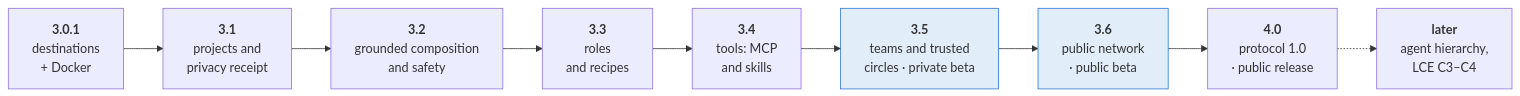
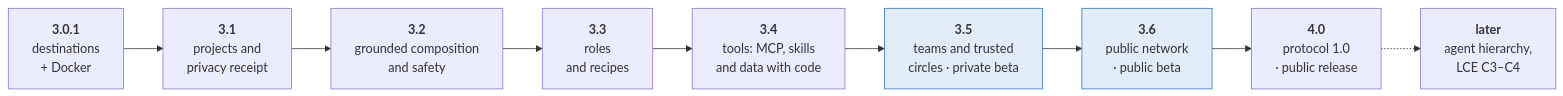
The second of 4 diagrams in docs/ROADMAP.md (Sebastardito/SwarmblyAI), drawn with Mermaid before and after one commit. The commit also changed other lines of this file, not shown here.

Commit message:
Roadmap: recipe 5, data with code, in 3.4 (a script the user approves, run in an isolated sandbox; an open battery with automatic checks)

````diff
--- a/docs/ROADMAP.md
+++ b/docs/ROADMAP.md
@@ -61,13 +61,13 @@
 ```mermaid
 flowchart LR
   V1["<b>3.0.1</b><br/>destinations<br/>+ Docker"] --> V2["<b>3.1</b><br/>projects and<br/>privacy receipt"]
   V2 --> V3["<b>3.2</b><br/>grounded composition<br/>and safety"]
   V3 --> V3b["<b>3.3</b><br/>roles<br/>and recipes"]
-  V3b --> V4["<b>3.4</b><br/>tools: MCP<br/>and skills"]
+  V3b --> V4["<b>3.4</b><br/>tools: MCP, skills<br/>and data with code"]
   V4 --> V5["<b>3.5</b><br/>teams and trusted<br/>circles · private beta"]
   V5 --> V6["<b>3.6</b><br/>public network<br/>· public beta"]
   V6 --> V7["<b>4.0</b><br/>protocol 1.0<br/>· public release"]
   V7 -.-> V8["<b>later</b><br/>agent hierarchy,<br/>LCE C3–C4"]
   style V5 fill:#2a78d622,stroke:#2a78d6
   style V6 fill:#2a78d622,stroke:#2a78d6
 ```
````
